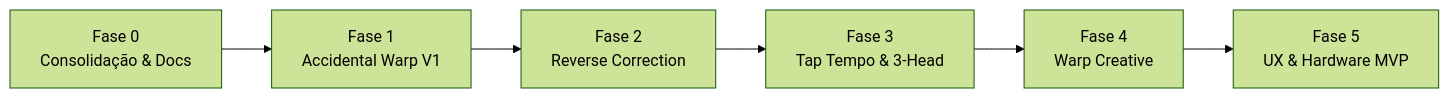
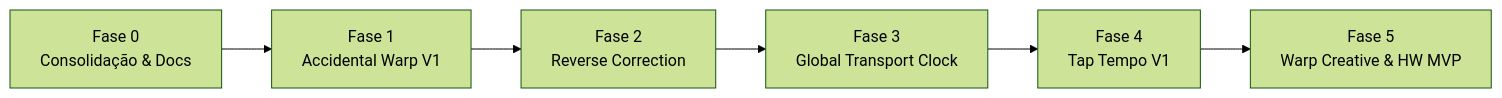
Before and after one commit to ovelhaaa/hydra-tape-engine: the diagram in docs/HYDRA_2_ROADMAP.md, drawn with Mermaid (forest theme). The commit also changed other lines of this file and 18 other files, not shown here.

Commit message:
feat(transport): add performance-ready global tap tempo

````diff
--- a/docs/HYDRA_2_ROADMAP.md
+++ b/docs/HYDRA_2_ROADMAP.md
@@ -7,8 +7,8 @@
 ```mermaid
 flowchart LR
     F0["Fase 0<br/>Consolidação & Docs"] --> F1["Fase 1<br/>Accidental Warp V1"]
     F1 --> F2["Fase 2<br/>Reverse Correction"]
-    F2 --> F3["Fase 3<br/>Tap Tempo & 3-Head"]
-    F3 --> F4["Fase 4<br/>Warp Creative"]
-    F4 --> F5["Fase 5<br/>UX & Hardware MVP"]
+    F2 --> F3["Fase 3<br/>Global Transport Clock"]
+    F3 --> F4["Fase 4<br/>Tap Tempo V1"]
+    F4 --> F5["Fase 5<br/>Warp Creative & HW MVP"]
 ```
````
